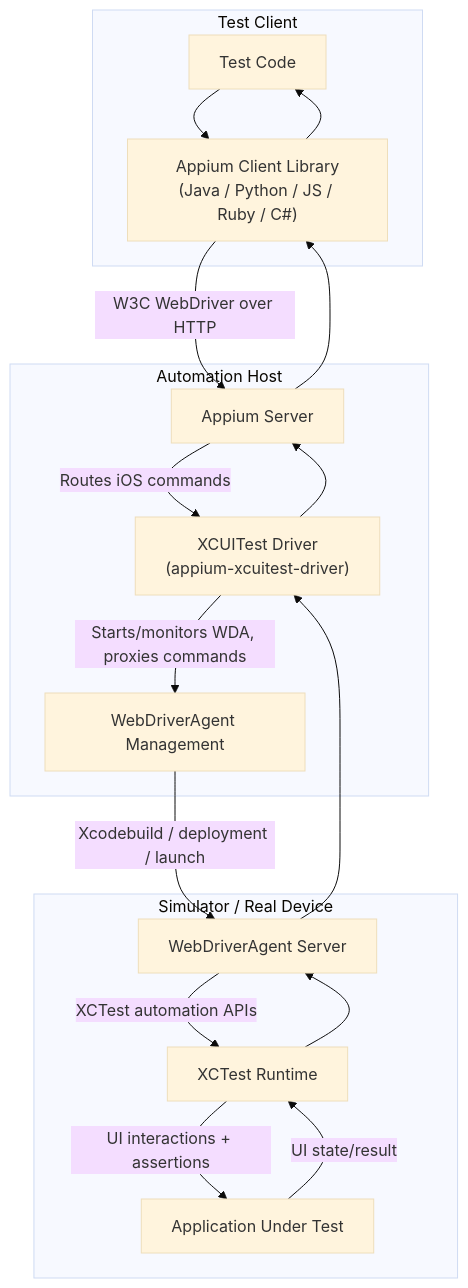
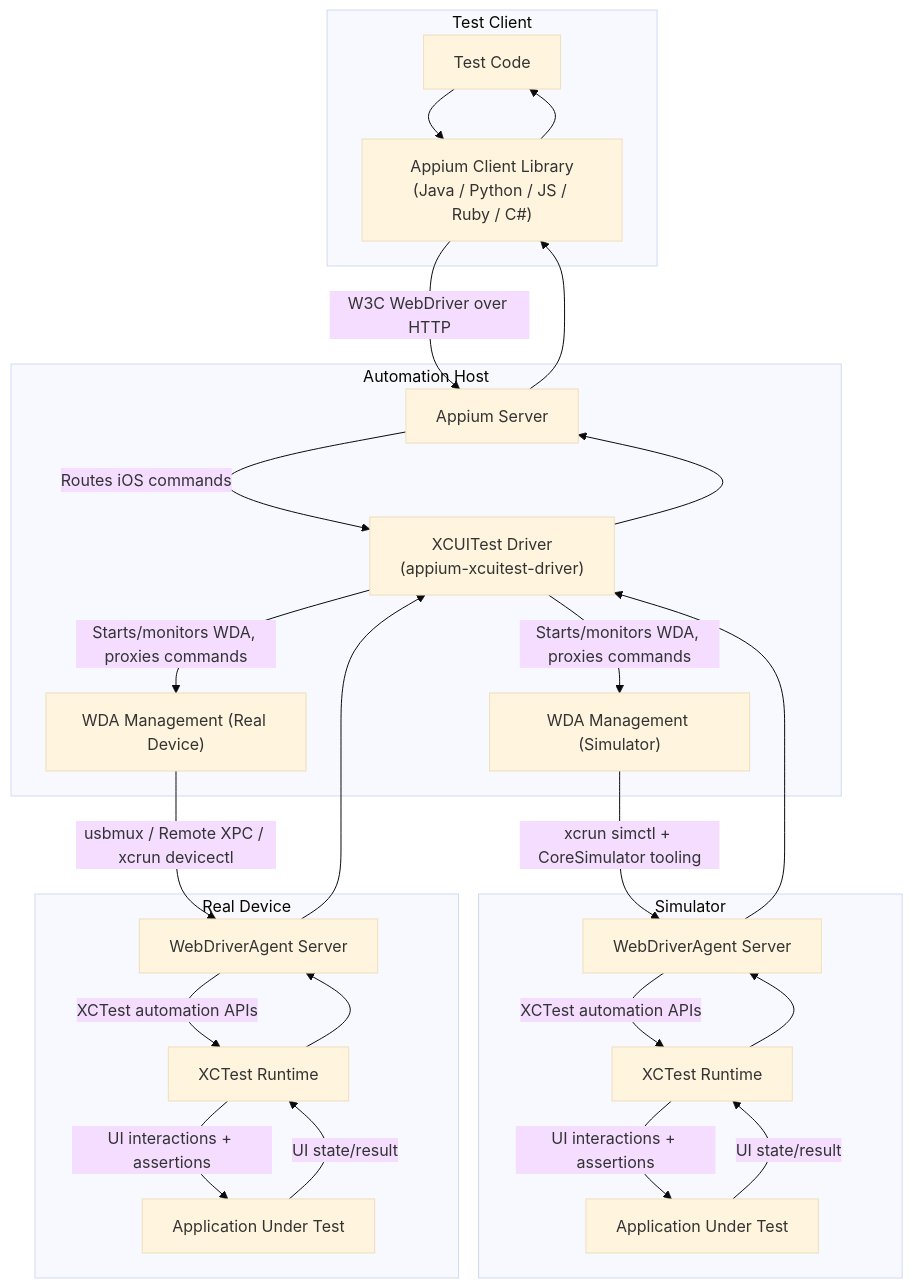
Before and after one commit to appium/appium-xcuitest-driver: the diagram in docs/overview.md, drawn with Mermaid (base theme). The commit also changed other lines of this file, not shown here.

Commit message:
Address comments

````diff
--- a/docs/overview.md
+++ b/docs/overview.md
@@ -69,34 +69,48 @@
 ```mermaid
 flowchart TD
   subgraph ClientSide["Test Client"]
     T["Test Code"]
     CL["Appium Client Library<br/>(Java / Python / JS / Ruby / C#)"]
   end
 
   subgraph ServerHost["Automation Host"]
     AS["Appium Server"]
     XD["XCUITest Driver<br/>(appium-xcuitest-driver)"]
-    HW["WebDriverAgent Management"]
+    HWS["WDA Management (Simulator)"]
+    HWR["WDA Management (Real Device)"]
   end
 
-  subgraph Target["Simulator / Real Device"]
+  subgraph SimulatorTarget["Simulator"]
     WDAS["WebDriverAgent Server"]
-    XCT["XCTest Runtime"]
-    AUT["Application Under Test"]
+    XCTS["XCTest Runtime"]
+    AUTS["Application Under Test"]
+  end
+
+  subgraph RealDeviceTarget["Real Device"]
+    WDAR["WebDriverAgent Server"]
+    XCTR["XCTest Runtime"]
+    AUTR["Application Under Test"]
   end
 
   T --> CL
   CL -->|"W3C WebDriver over HTTP"| AS
   AS -->|"Routes iOS commands"| XD
-  XD -->|"Starts/monitors WDA, proxies commands"| HW
-  HW -->|"Xcodebuild / deployment / launch"| WDAS
-  WDAS -->|"XCTest automation APIs"| XCT
-  XCT -->|"UI interactions + assertions"| AUT
+  XD -->|"Starts/monitors WDA, proxies commands"| HWS
+  XD -->|"Starts/monitors WDA, proxies commands"| HWR
+  HWS -->|"xcrun simctl + CoreSimulator tooling"| WDAS
+  HWR -->|"usbmux / Remote XPC / xcrun devicectl"| WDAR
+  WDAS -->|"XCTest automation APIs"| XCTS
+  WDAR -->|"XCTest automation APIs"| XCTR
+  XCTS -->|"UI interactions + assertions"| AUTS
+  XCTR -->|"UI interactions + assertions"| AUTR
 
-  AUT -->|"UI state/result"| XCT
-  XCT --> WDAS
+  AUTS -->|"UI state/result"| XCTS
+  AUTR -->|"UI state/result"| XCTR
+  XCTS --> WDAS
+  XCTR --> WDAR
   WDAS --> XD
+  WDAR --> XD
   XD --> AS
   AS --> CL
   CL --> T
 ```
````
